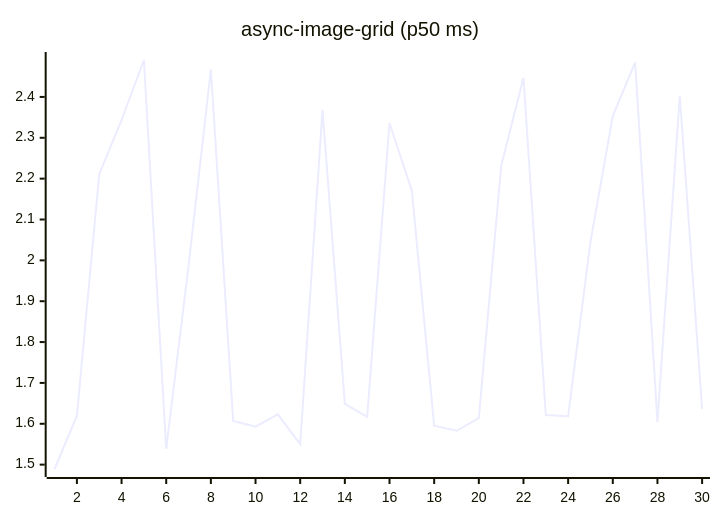
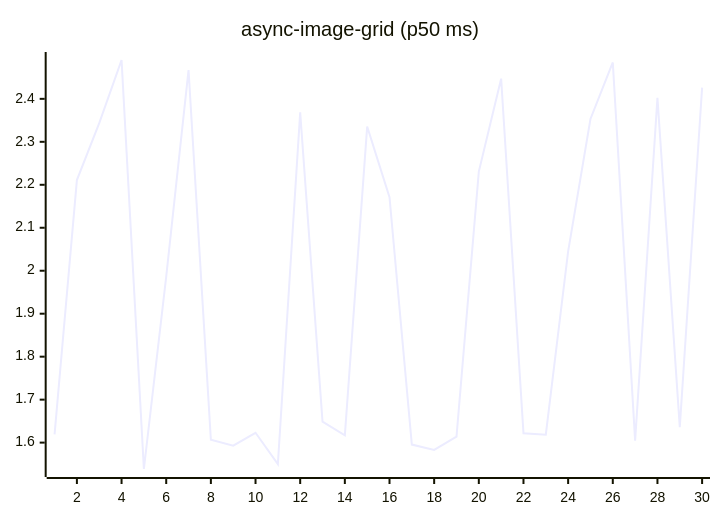
One commit to josha/Facet changed the fifth of 27 diagrams in README.md. Above: the diagram before and after it, drawn with Mermaid. The commit also changed other lines of this file and 2 other files, not shown here.

````diff
--- a/README.md
+++ b/README.md
@@ -91,6 +91,6 @@
 ```mermaid
 xychart-beta
     title "async-image-grid (p50 ms)"
     x-axis 1 --> 30
-    line [1.4893, 1.6193, 2.2110, 2.3435, 2.4904, 1.5386, 1.9864, 2.4670, 1.6066, 1.5928, 1.6229, 1.5501, 2.3685, 1.6487, 1.6169, 2.3355, 2.1710, 1.5954, 1.5829, 1.6137, 2.2308, 2.4470, 1.6216, 1.6184, 2.0452, 2.3531, 2.4847, 1.6045, 2.4025, 1.6357]
+    line [1.6193, 2.2110, 2.3435, 2.4904, 1.5386, 1.9864, 2.4670, 1.6066, 1.5928, 1.6229, 1.5501, 2.3685, 1.6487, 1.6169, 2.3355, 2.1710, 1.5954, 1.5829, 1.6137, 2.2308, 2.4470, 1.6216, 1.6184, 2.0452, 2.3531, 2.4847, 1.6045, 2.4025, 1.6357, 2.4260]
 ```
````
